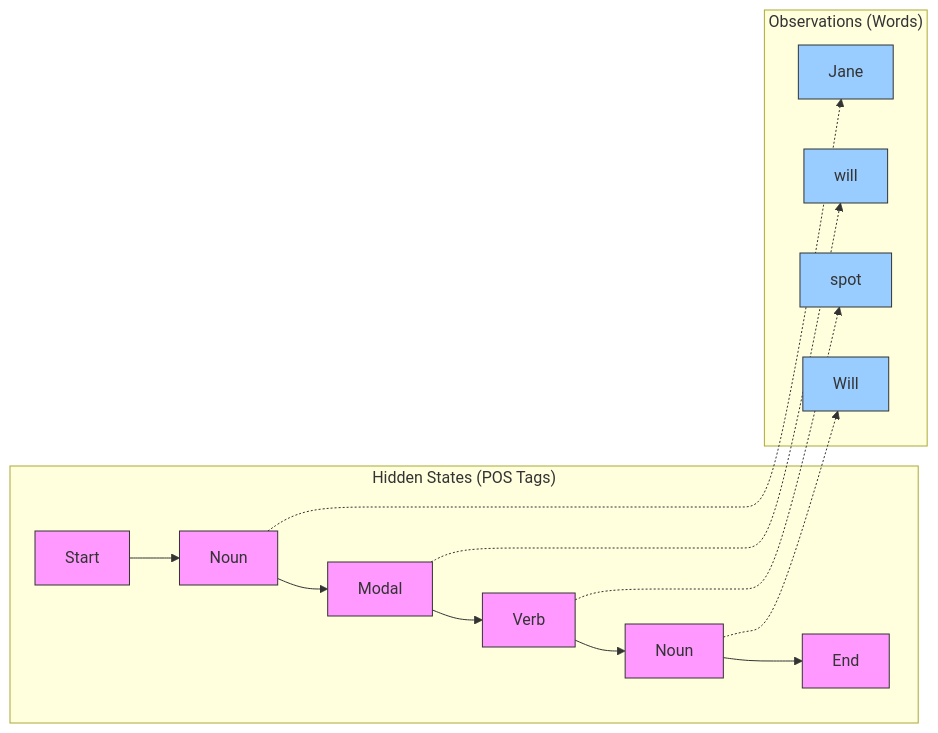
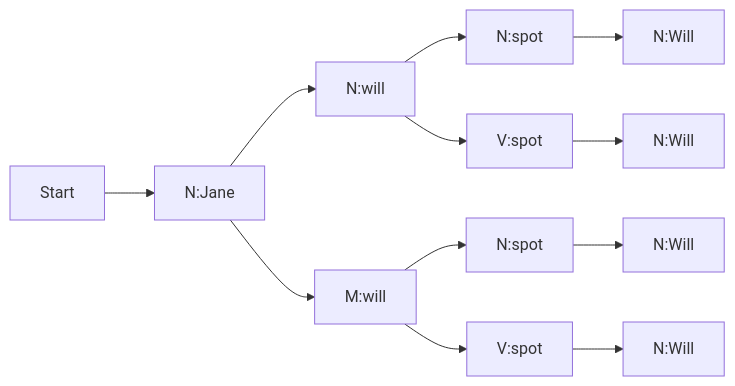
The seventh of 7 diagrams in C_5_OLD.md (Chaklader/part-of-speech-tagging), drawn with Mermaid before and after one commit. The commit also changed other lines of this file and 1 other file, not shown here.

````diff
--- a/C_5_OLD.md
+++ b/C_5_OLD.md
@@ -38,22 +1014,14 @@
 ```mermaid
 graph LR
-    subgraph "Hidden States (POS Tags)"
-    S0[Start] --> N1[Noun]
-    N1 --> M2[Modal]
-    M2 --> V3[Verb]
-    V3 --> N4[Noun]
-    N4 --> E[End]
-    end
-
-    subgraph "Observations (Words)"
-    N1 -.-> W1[Jane]
-    M2 -.-> W2[will]
-    V3 -.-> W3[spot]
-    N4 -.-> W4[Will]
-    end
-
-    classDef hidden fill:#f9f,stroke:#333,stroke-width:1px;
-    classDef observed fill:#9cf,stroke:#333,stroke-width:1px;
-    class S0,N1,M2,V3,N4,E hidden;
-    class W1,W2,W3,W4 observed;
+    Start --> N1[N:Jane]
+    N1 --> N2[N:will]
+    N1 --> M1[M:will]
+    N2 --> N3[N:spot]
+    N2 --> V1[V:spot]
+    M1 --> N4[N:spot]
+    M1 --> V2[V:spot]
+    N3 --> N5[N:Will]
+    V1 --> N6[N:Will]
+    N4 --> N7[N:Will]
+    V2 --> N8[N:Will]
 ```
````
